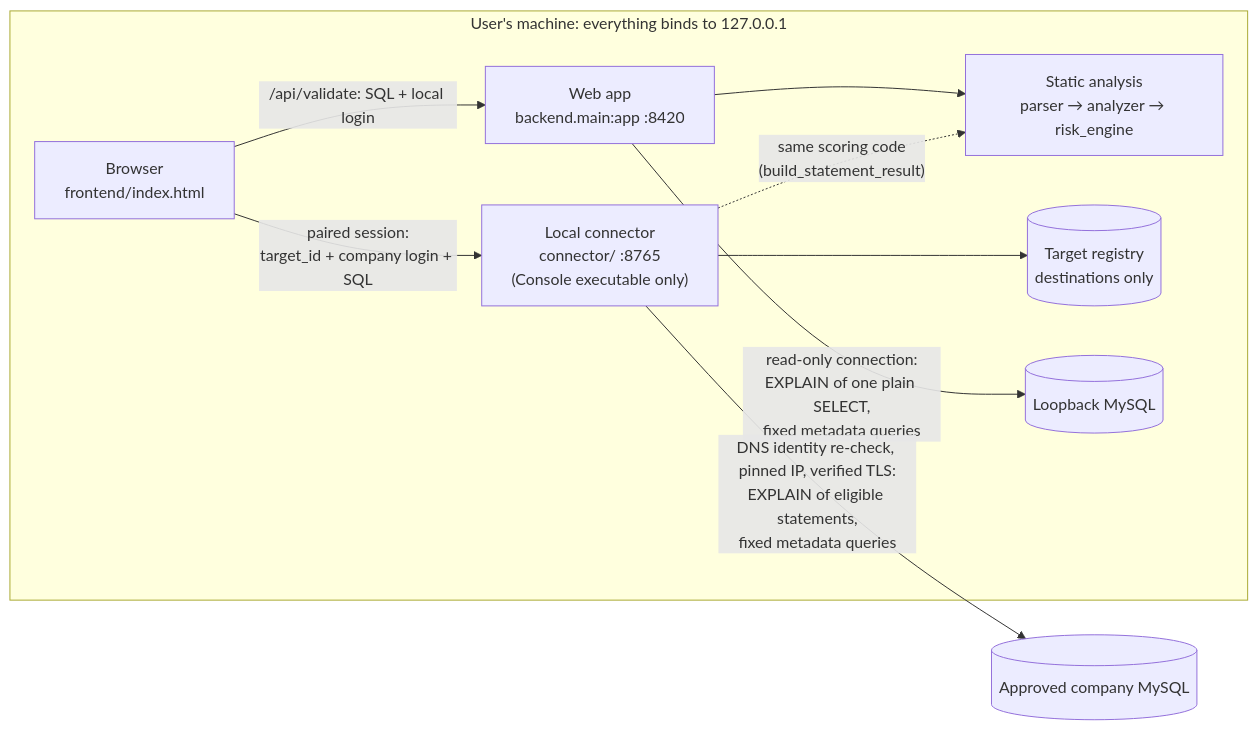
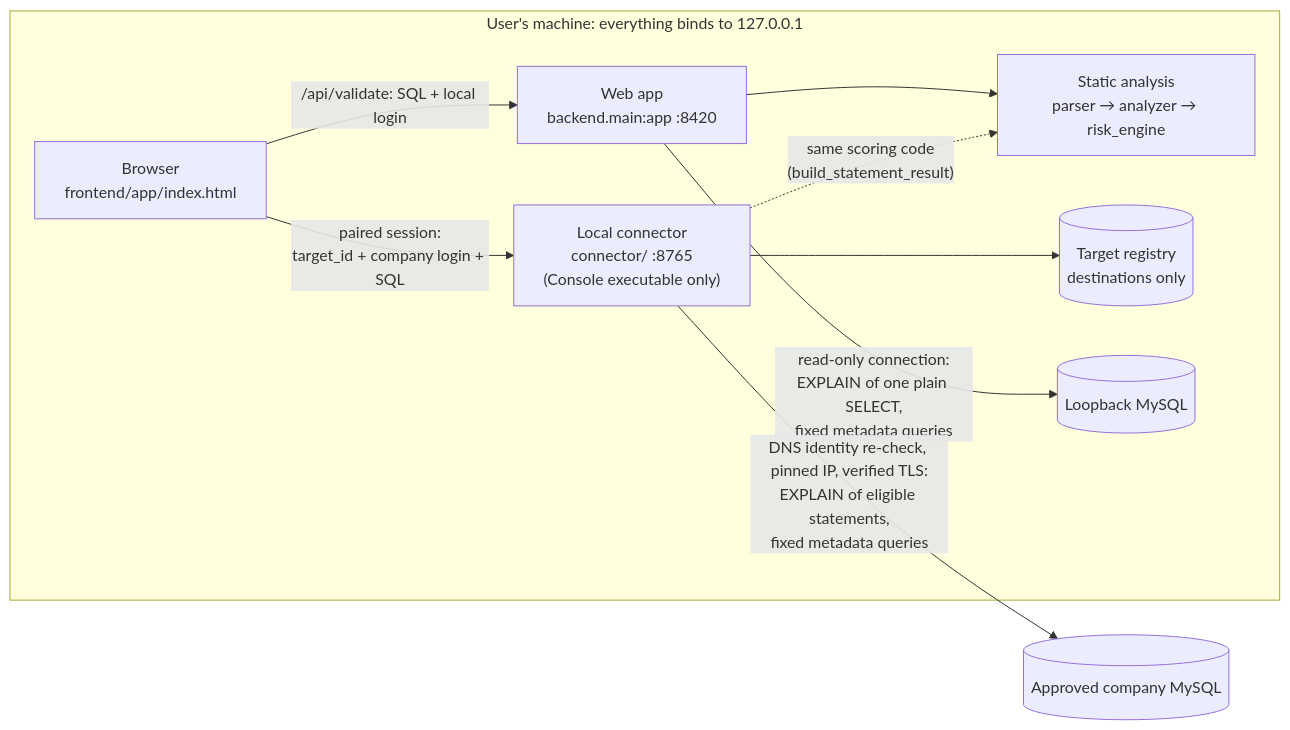
One commit to realspinn/mysql-dba-validator changed the diagram in ARCHITECTURE.md. Above: the diagram before and after it, drawn with Mermaid. The commit also changed other lines of this file and 4 other files, not shown here.

````diff
--- a/ARCHITECTURE.md
+++ b/ARCHITECTURE.md
@@ -11,20 +11,20 @@
 ```mermaid
 flowchart LR
     subgraph machine["User's machine: everything binds to 127.0.0.1"]
-        B["Browser<br/>frontend/index.html"]
+        B["Browser<br/>frontend/app/index.html"]
         API["Web app<br/>backend.main:app :8420"]
         S["Static analysis<br/>parser → analyzer → risk_engine"]
         C["Local connector<br/>connector/ :8765<br/>(Console executable only)"]
         R[("Target registry<br/>destinations only")]
         LM[("Loopback MySQL")]
     end
     RM[("Approved company MySQL")]
 
     B -- "/api/validate: SQL + local login" --> API
     API --> S
     API -- "read-only connection:<br/>EXPLAIN of one plain SELECT,<br/>fixed metadata queries" --> LM
     B -- "paired session:<br/>target_id + company login + SQL" --> C
     C --> R
     C -- "DNS identity re-check, pinned IP, verified TLS:<br/>EXPLAIN of eligible statements,<br/>fixed metadata queries" --> RM
     C -. "same scoring code<br/>(build_statement_result)" .-> S
 ```
````
